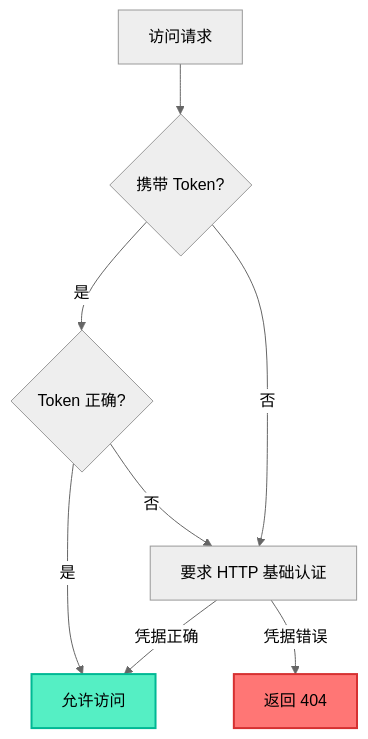
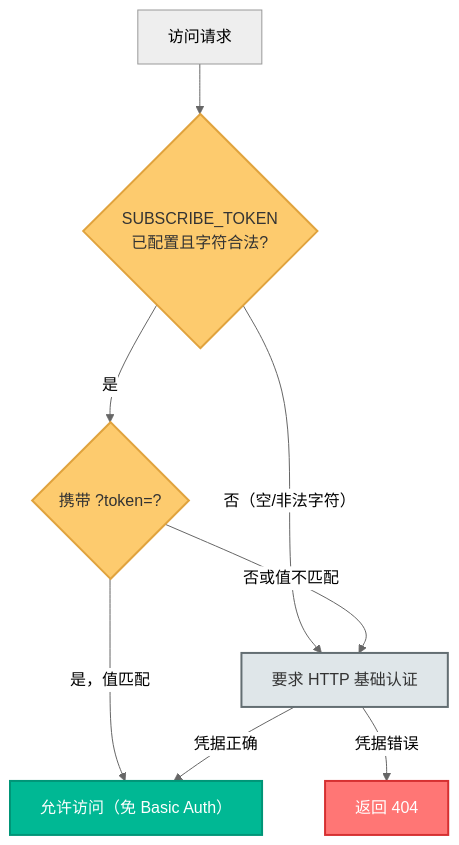
One commit to currycan/sb-xray changed the first of 2 diagrams in docs/04-ops-and-troubleshooting.md. Above: the diagram before and after it, drawn with Mermaid (neutral theme). The commit also changed other lines of this file and 1 other file, not shown here.

Commit message:
docs(security): 记录内网 ACL 生效 + dufs/supervisor 凭据硬化 + token fail-closed(P0-1)

````diff
--- a/docs/04-ops-and-troubleshooting.md
+++ b/docs/04-ops-and-troubleshooting.md
@@ -481,13 +493,19 @@
 ```mermaid
 flowchart TD
-    A["访问请求"] --> B{"携带 Token?"}
-    B -- "是" --> C{"Token 正确?"}
-    C -- "是" --> D["允许访问"]
-    C -- "否" --> E["要求 HTTP 基础认证"]
-    B -- "否" --> E
+    A["访问请求"] --> T{"SUBSCRIBE_TOKEN<br/>已配置且字符合法?"}
+    T -- "否（空/非法字符）" --> E
+    T -- "是" --> B{"携带 ?token=?"}
+    B -- "是，值匹配" --> D["允许访问（免 Basic Auth）"]
+    B -- "否或值不匹配" --> E["要求 HTTP 基础认证"]
     E -- "凭据正确" --> D
     E -- "凭据错误" --> F["返回 404"]
 
-    style D fill:#55efc4,stroke:#00b894,stroke-width:2px
-    style F fill:#ff7675,stroke:#d63031,stroke-width:2px
+    class D process
+    class F block
+    class T,B decision
+    class E gateway
+    classDef process  fill:#00b894,stroke:#009577,stroke-width:2px,color:#fff
+    classDef block    fill:#ff7675,stroke:#d63031,stroke-width:2px,color:#fff
+    classDef decision fill:#fdcb6e,stroke:#e0a33e,stroke-width:2px,color:#333
+    classDef gateway  fill:#dfe6e9,stroke:#636e72,stroke-width:2px,color:#333
 ```
````
